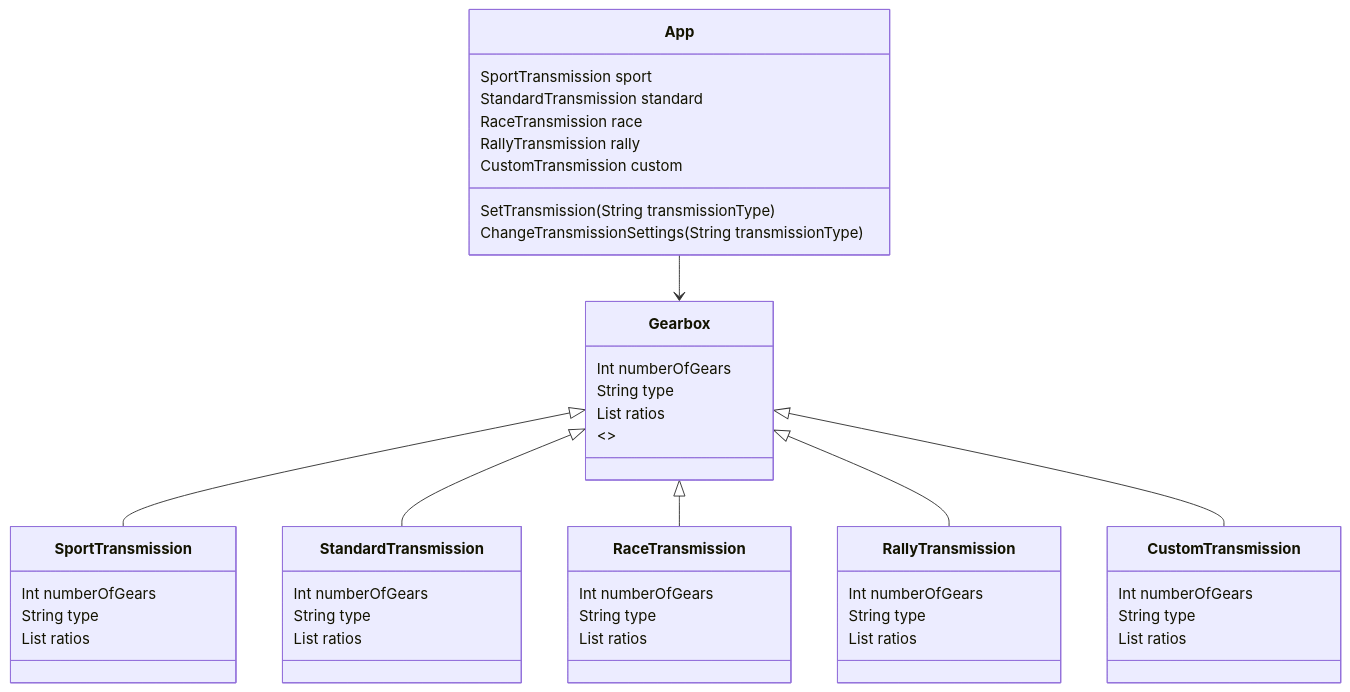
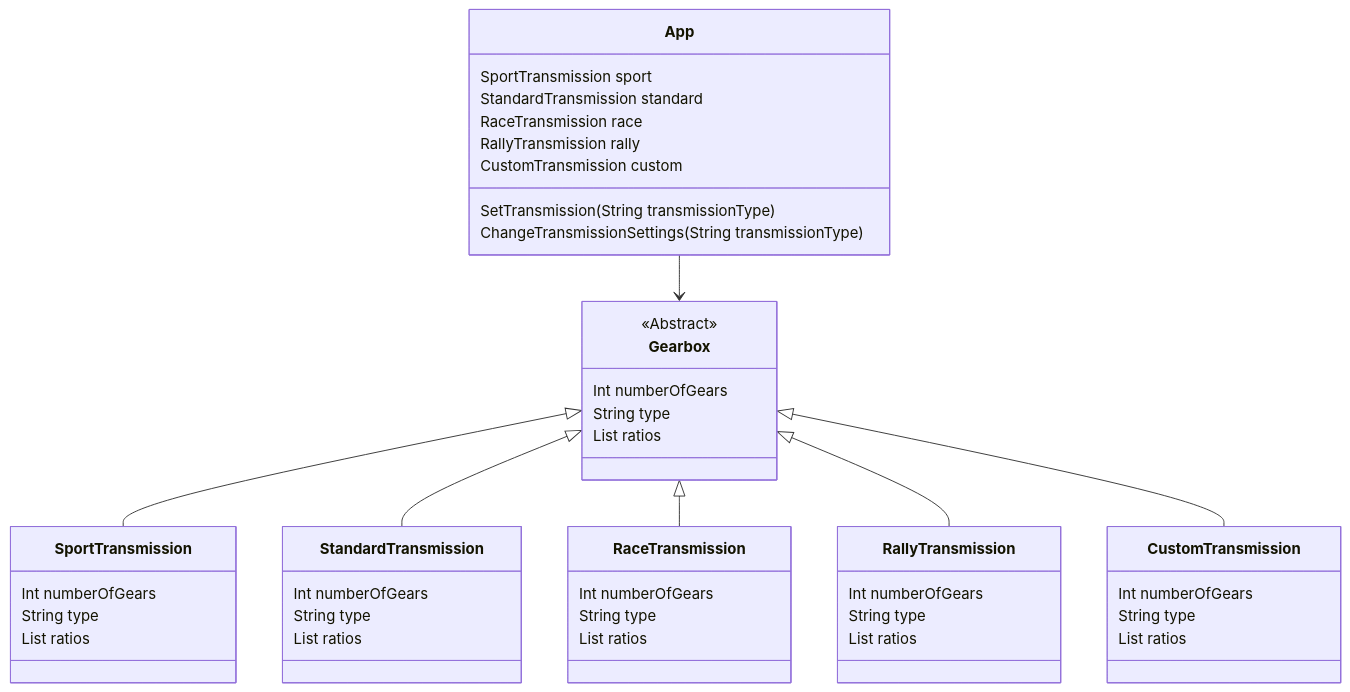
Before and after one commit to RockFreakRickerd/SameCodeDifferentLanguagues: the diagram in GearboxV2/README.md, drawn with Mermaid.

````diff
--- a/GearboxV2/README.md
+++ b/GearboxV2/README.md
@@ -20,35 +20,35 @@
 ```mermaid
 classDiagram
  App --> Gearbox
  Gearbox <|-- SportTransmission
  Gearbox <|-- StandardTransmission
  Gearbox <|-- RaceTransmission
  Gearbox <|-- RallyTransmission
  Gearbox <|-- CustomTransmission
  App: SportTransmission sport
  App: StandardTransmission standard
  App: RaceTransmission race
  App: RallyTransmission rally
  App: CustomTransmission custom
  App: SetTransmission(String transmissionType)
  App: ChangeTransmissionSettings(String transmissionType)
  Gearbox: Int numberOfGears
  Gearbox: String type
  Gearbox: List ratios
  SportTransmission: Int numberOfGears
  SportTransmission: String type
  SportTransmission: List ratios
  StandardTransmission: Int numberOfGears
  StandardTransmission: String type
  StandardTransmission: List ratios
  RaceTransmission: Int numberOfGears
  RaceTransmission: String type
  RaceTransmission: List ratios
  RallyTransmission: Int numberOfGears
  RallyTransmission: String type
  RallyTransmission: List ratios
  CustomTransmission: Int numberOfGears
  CustomTransmission: String type
  CustomTransmission: List ratios
- Gearbox: <<Abstract>>
+ <<Abstract>> Gearbox
 ```
````
